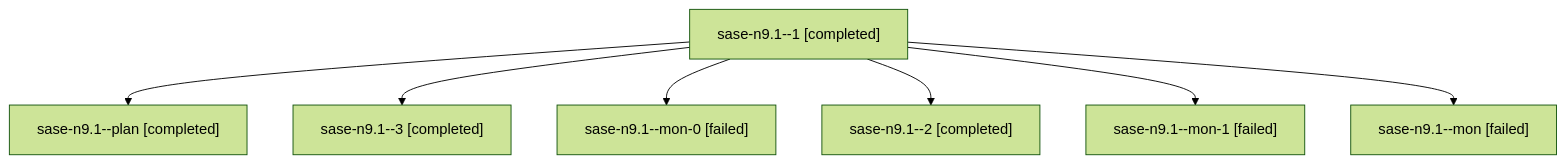
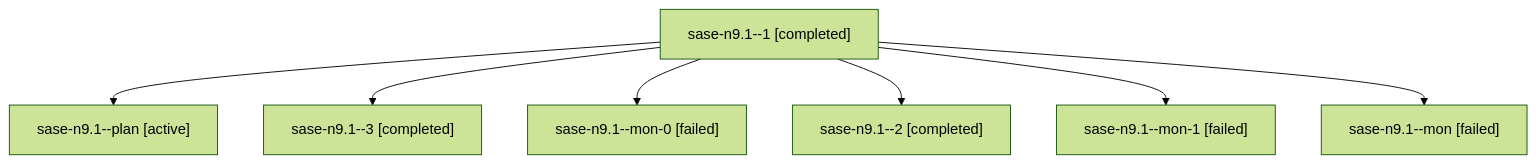
Before and after one commit to sase-org/sase--agents: the diagram in families/bbugyi200.athena.sase-n9.1.md, drawn with Mermaid (forest theme). The commit also changed other lines of this file and 35830 other files, not shown here.

````diff
--- a/families/bbugyi200.athena.sase-n9.1.md
+++ b/families/bbugyi200.athena.sase-n9.1.md
@@ -9,16 +9,16 @@
 ```mermaid
 flowchart TD
   n0["sase-n9.1--1 [completed]"]
-  n1["sase-n9.1--plan [completed]"]
+  n1["sase-n9.1--plan [active]"]
   n0 --> n1
   n2["sase-n9.1--3 [completed]"]
   n0 --> n2
   n3["sase-n9.1--mon-0 [failed]"]
   n0 --> n3
   n4["sase-n9.1--2 [completed]"]
   n0 --> n4
   n5["sase-n9.1--mon-1 [failed]"]
   n0 --> n5
   n6["sase-n9.1--mon [failed]"]
   n0 --> n6
 ```
````
